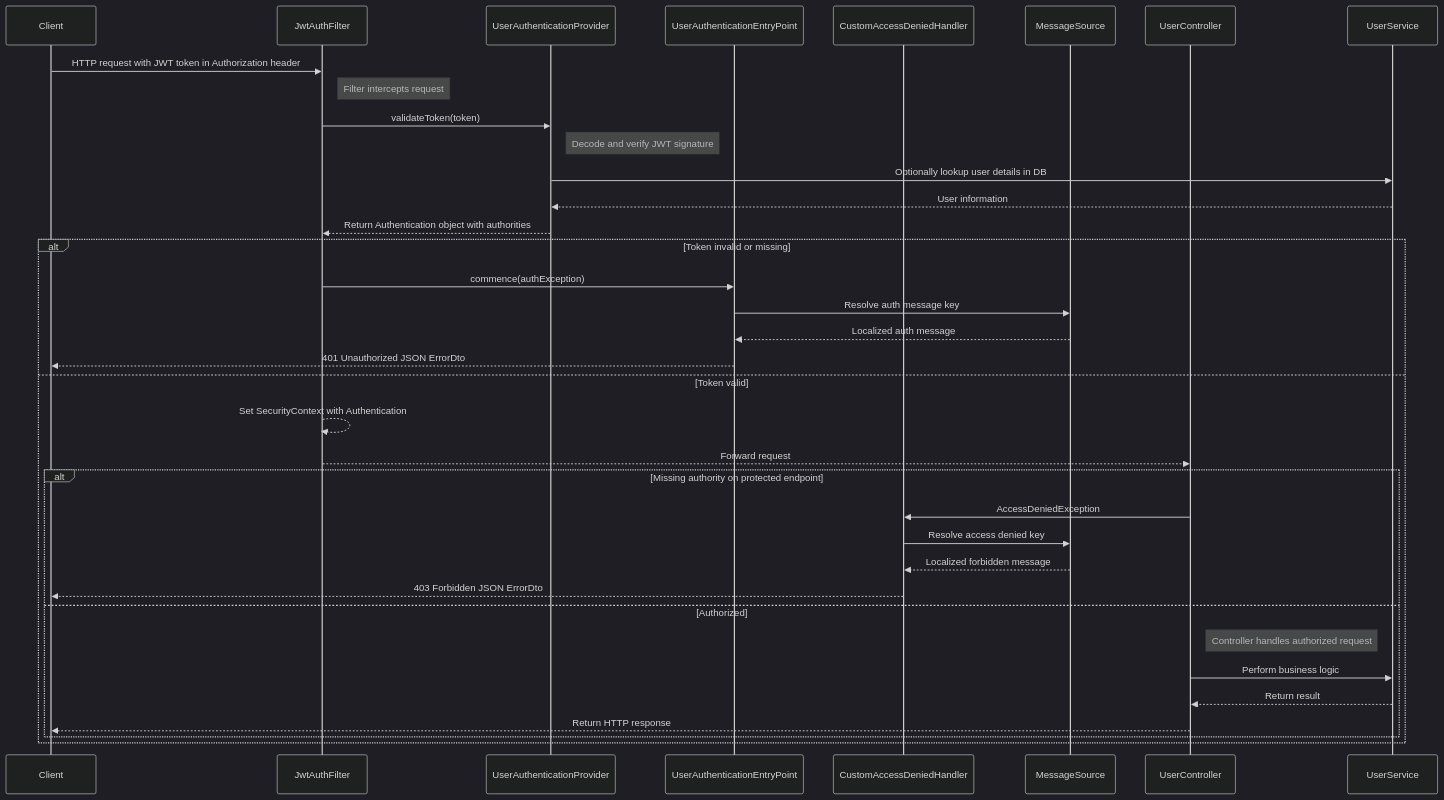
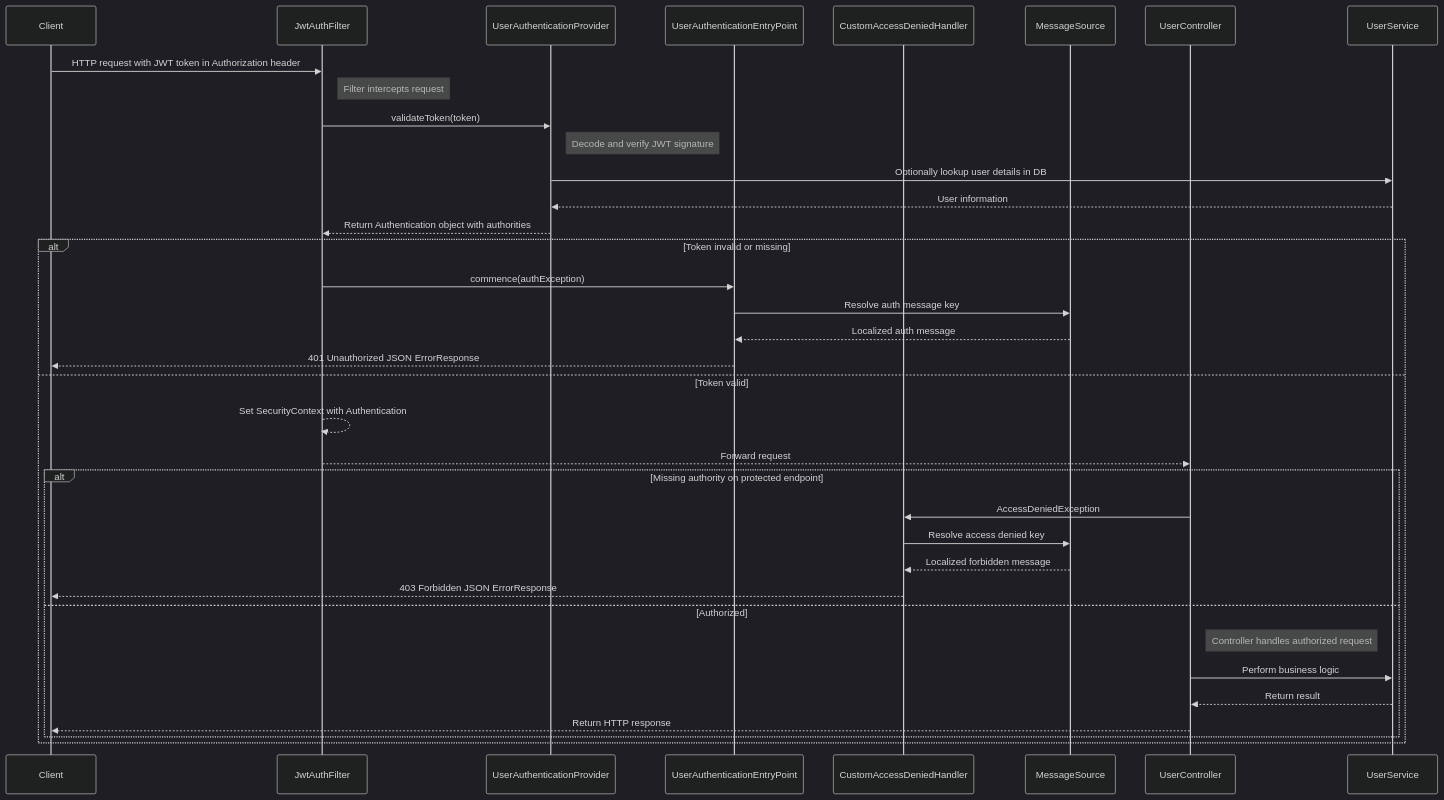
One commit to OrifInformatique/template_frontback changed the seventh of 8 diagrams in docs/process-documentation.md. Above: the diagram before and after it, drawn with Mermaid (dark theme). The commit also changed other lines of this file and 21 other files, not shown here.

First line of the commit message:
refactor(errors): one ErrorResponse body for every error, as in spring-auth

````diff
--- a/docs/process-documentation.md
+++ b/docs/process-documentation.md
@@ -389,39 +389,39 @@
 ```mermaid
 sequenceDiagram
     participant Client
     participant JwtAuthFilter
     participant UserAuthenticationProvider
     participant UserAuthenticationEntryPoint
     participant CustomAccessDeniedHandler
     participant MessageSource
     participant UserController
     participant UserService
 
     Client->>JwtAuthFilter: HTTP request with JWT token in Authorization header
     note right of JwtAuthFilter: Filter intercepts request
     JwtAuthFilter->>UserAuthenticationProvider: validateToken(token)
     note right of UserAuthenticationProvider: Decode and verify JWT signature
     UserAuthenticationProvider->>UserService: Optionally lookup user details in DB
     UserService-->>UserAuthenticationProvider: User information
     UserAuthenticationProvider-->>JwtAuthFilter: Return Authentication object with authorities
     alt Token invalid or missing
         JwtAuthFilter->>UserAuthenticationEntryPoint: commence(authException)
         UserAuthenticationEntryPoint->>MessageSource: Resolve auth message key
         MessageSource-->>UserAuthenticationEntryPoint: Localized auth message
-        UserAuthenticationEntryPoint-->>Client: 401 Unauthorized JSON ErrorDto
+        UserAuthenticationEntryPoint-->>Client: 401 Unauthorized JSON ErrorResponse
     else Token valid
         JwtAuthFilter-->>JwtAuthFilter: Set SecurityContext with Authentication
         JwtAuthFilter-->>UserController: Forward request
         alt Missing authority on protected endpoint
             UserController->>CustomAccessDeniedHandler: AccessDeniedException
             CustomAccessDeniedHandler->>MessageSource: Resolve access denied key
             MessageSource-->>CustomAccessDeniedHandler: Localized forbidden message
-            CustomAccessDeniedHandler-->>Client: 403 Forbidden JSON ErrorDto
+            CustomAccessDeniedHandler-->>Client: 403 Forbidden JSON ErrorResponse
         else Authorized
             note right of UserController: Controller handles authorized request
             UserController->>UserService: Perform business logic
             UserService-->>UserController: Return result
             UserController-->>Client: Return HTTP response
         end
     end
 ```
````
